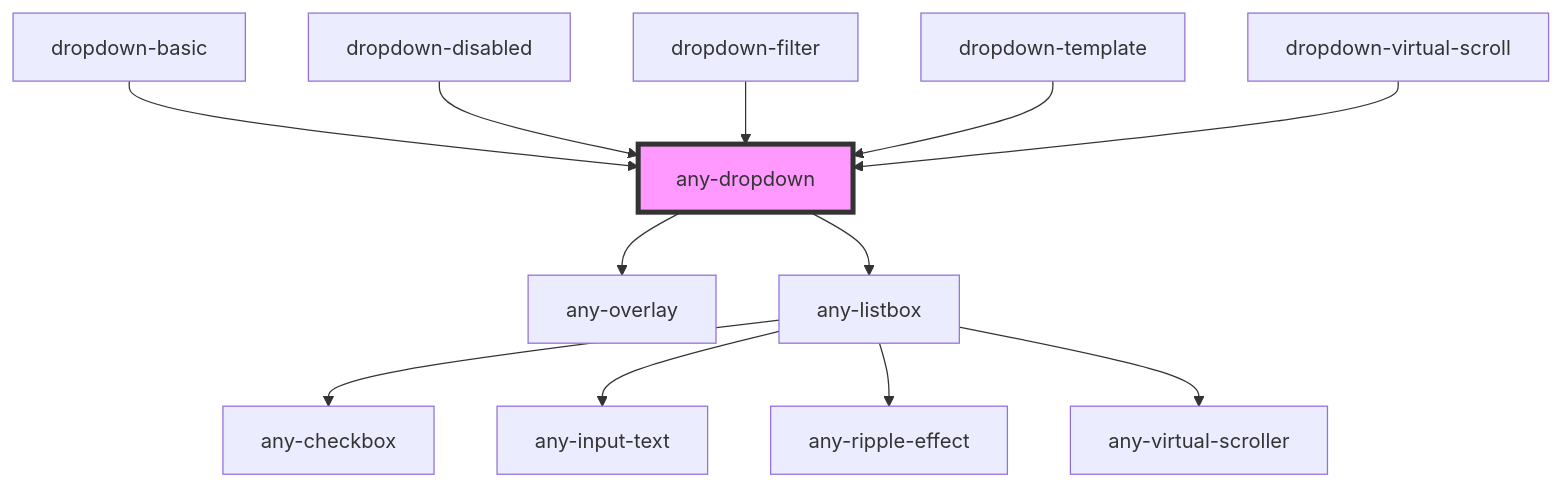
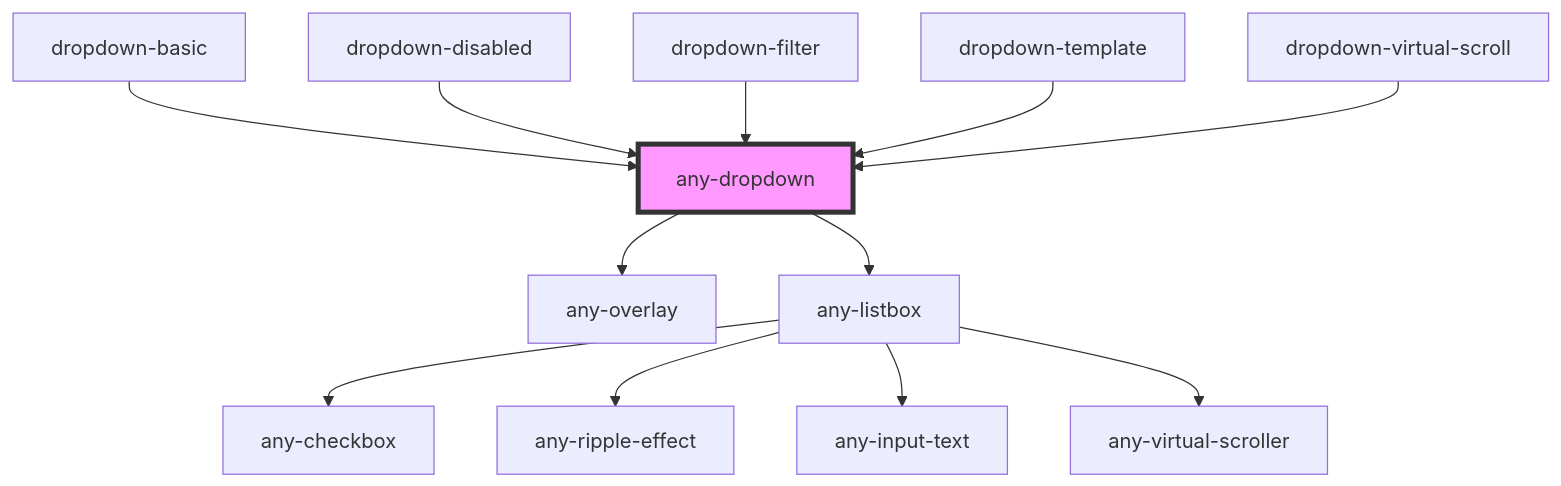
The diagram in packages/core/src/components/dropdown/readme.md (adaleks/anywhere-ui), drawn with Mermaid before and after one commit. The commit also changed other lines of this file and 32 other files, not shown here.

````diff
--- a/packages/core/src/components/dropdown/readme.md
+++ b/packages/core/src/components/dropdown/readme.md
@@ -105,15 +105,15 @@
 ```mermaid
 graph TD;
   any-dropdown --> any-overlay
   any-dropdown --> any-listbox
   any-listbox --> any-checkbox
+  any-listbox --> any-ripple-effect
   any-listbox --> any-input-text
-  any-listbox --> any-ripple-effect
   any-listbox --> any-virtual-scroller
   dropdown-basic --> any-dropdown
   dropdown-disabled --> any-dropdown
   dropdown-filter --> any-dropdown
   dropdown-template --> any-dropdown
   dropdown-virtual-scroll --> any-dropdown
   style any-dropdown fill:#f9f,stroke:#333,stroke-width:4px
 ```
````
